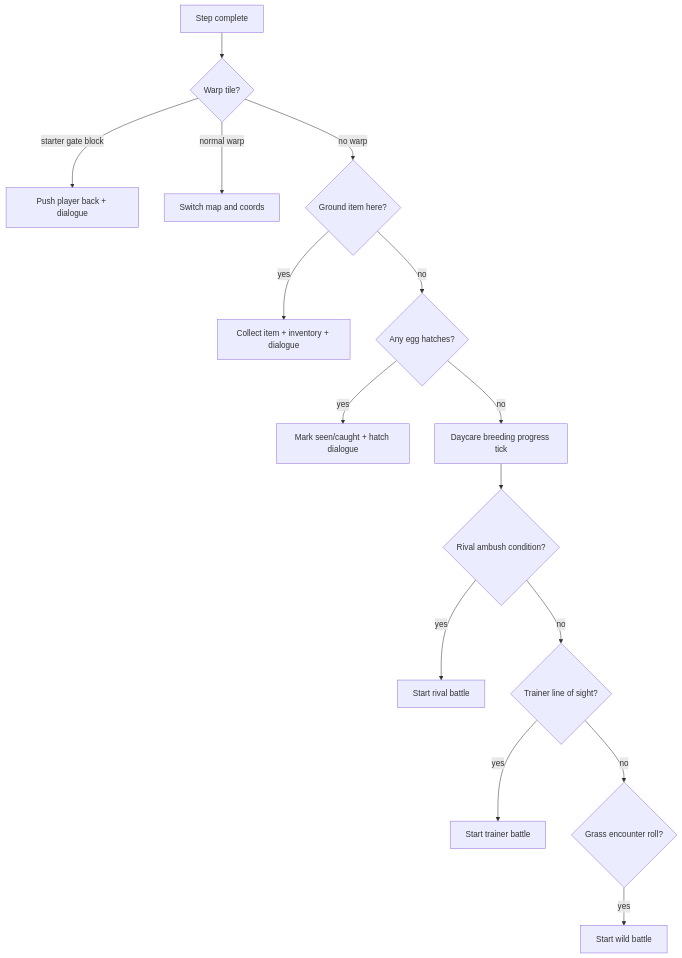
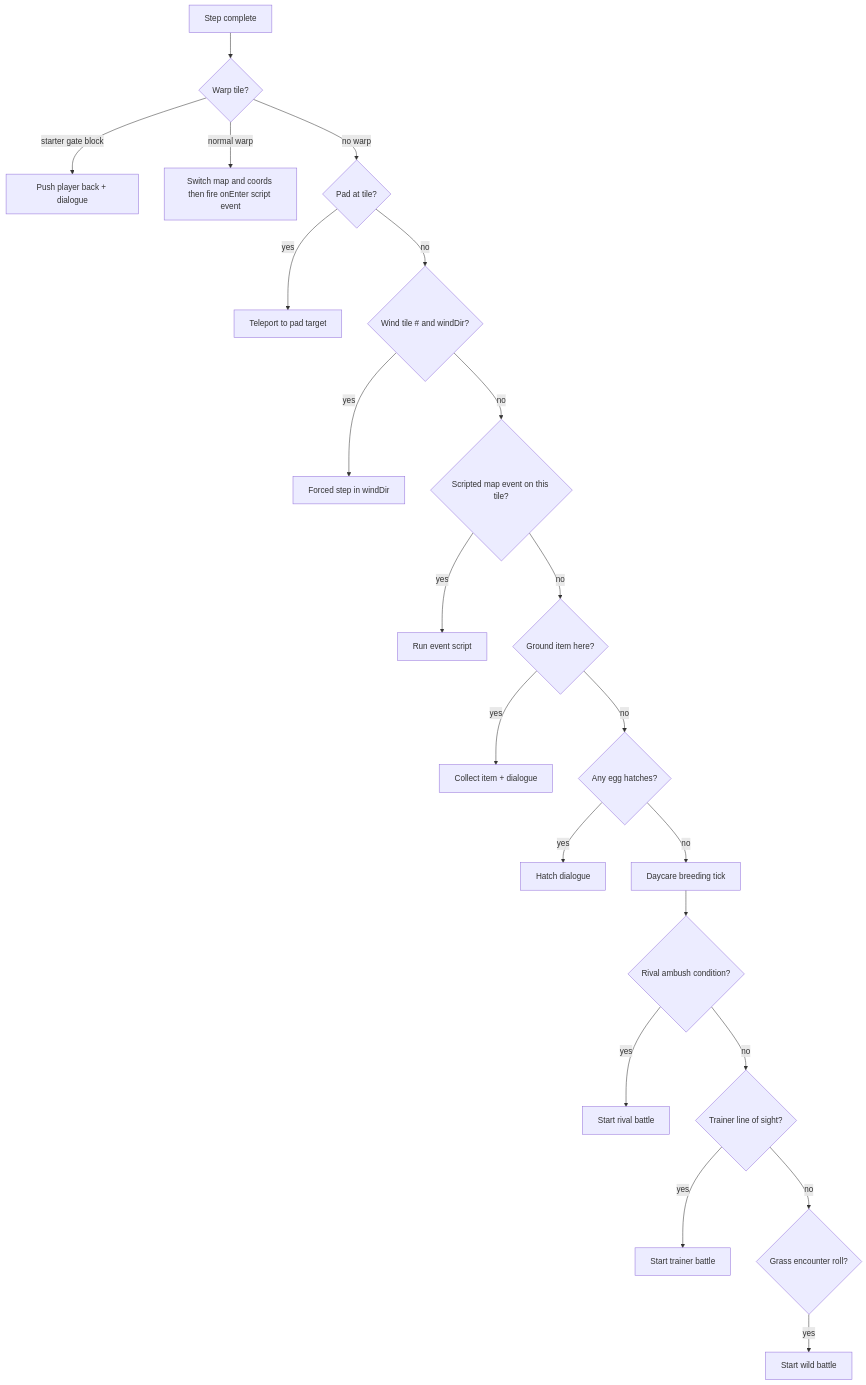
The diagram in droid-wiki/systems/overworld.md (KeigoShimadaCC/PocketMockster), drawn with Mermaid before and after one commit. The commit also changed other lines of this file and 47 other files, not shown here.

````diff
--- a/droid-wiki/systems/overworld.md
+++ b/droid-wiki/systems/overworld.md
@@ -33,17 +37,23 @@
 ```mermaid
 flowchart TD
   A[Step complete] --> B{Warp tile?}
   B -- starter gate block --> C[Push player back + dialogue]
-  B -- normal warp --> D[Switch map and coords]
-  B -- no warp --> E{Ground item here?}
-  E -- yes --> F[Collect item + inventory + dialogue]
-  E -- no --> G{Any egg hatches?}
-  G -- yes --> H[Mark seen/caught + hatch dialogue]
-  G -- no --> I[Daycare breeding progress tick]
-  I --> J{Rival ambush condition?}
-  J -- yes --> K[Start rival battle]
-  J -- no --> L{Trainer line of sight?}
-  L -- yes --> M[Start trainer battle]
-  L -- no --> N{Grass encounter roll?}
-  N -- yes --> O[Start wild battle]
+  B -- normal warp --> D[Switch map and coords then fire onEnter script event]
+  B -- no warp --> E{Pad at tile?}
+  E -- yes --> F[Teleport to pad target]
+  E -- no --> G{Wind tile # and windDir?}
+  G -- yes --> H[Forced step in windDir]
+  G -- no --> I{Scripted map event on this tile?}
+  I -- yes --> J[Run event script]
+  I -- no --> K{Ground item here?}
+  K -- yes --> L[Collect item + dialogue]
+  K -- no --> M{Any egg hatches?}
+  M -- yes --> N[Hatch dialogue]
+  M -- no --> O[Daycare breeding tick]
+  O --> P{Rival ambush condition?}
+  P -- yes --> Q[Start rival battle]
+  P -- no --> R{Trainer line of sight?}
+  R -- yes --> S[Start trainer battle]
+  R -- no --> T{Grass encounter roll?}
+  T -- yes --> U[Start wild battle]
 ```
````
